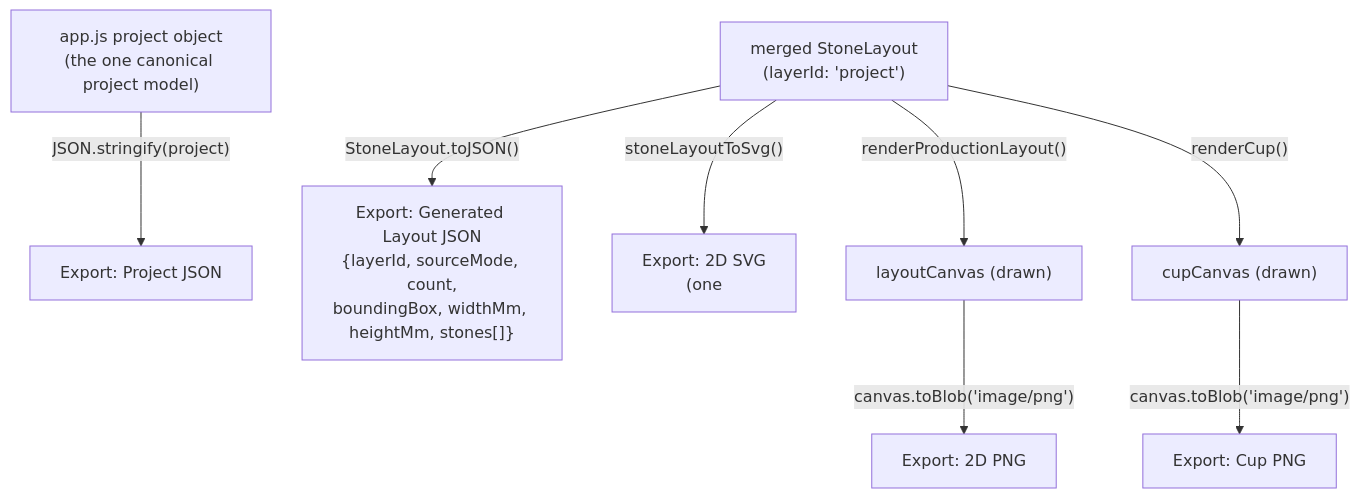
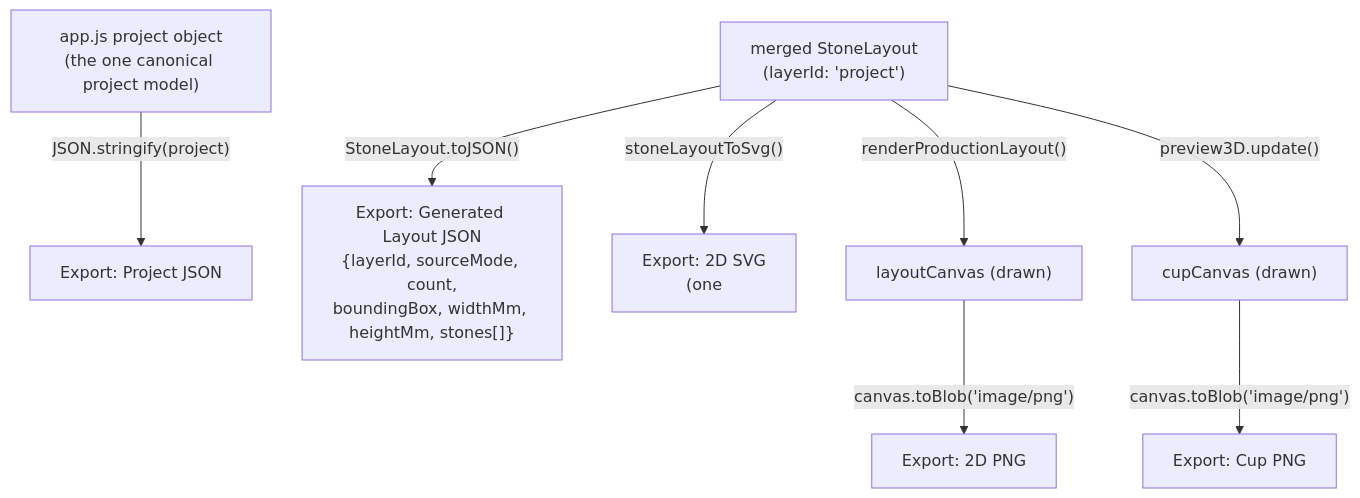
One commit to alexdruk/Rhinestone-Studio changed the sixth of 6 diagrams in docs/ARCHITECTURE.md. Above: the diagram before and after it, drawn with Mermaid. The commit also changed other lines of this file and 10 other files, not shown here.

````diff
--- a/docs/ARCHITECTURE.md
+++ b/docs/ARCHITECTURE.md
@@ -919,13 +919,13 @@
 ```mermaid
 flowchart TD
     MergedSL["merged StoneLayout\n(layerId: 'project')"]
     ProjectObj["app.js project object\n(the one canonical project model)"]
 
     MergedSL -->|"StoneLayout.toJSON()"| LayoutJSON["Export: Generated Layout JSON\n{layerId, sourceMode, count,\nboundingBox, widthMm, heightMm, stones[]}"]
     ProjectObj -->|"JSON.stringify(project)"| ProjectJSON["Export: Project JSON"]
     MergedSL -->|"stoneLayoutToSvg()"| SVGOut["Export: 2D SVG\n(one <circle> per stone)"]
     MergedSL -->|"renderProductionLayout()"| LayoutCanvas["layoutCanvas (drawn)"]
     LayoutCanvas -->|"canvas.toBlob('image/png')"| PNG2D["Export: 2D PNG"]
-    MergedSL -->|"renderCup()"| CupCanvasEl["cupCanvas (drawn)"]
+    MergedSL -->|"preview3D.update()"| CupCanvasEl["cupCanvas (drawn)"]
     CupCanvasEl -->|"canvas.toBlob('image/png')"| PNGCup["Export: Cup PNG"]
 ```
````
